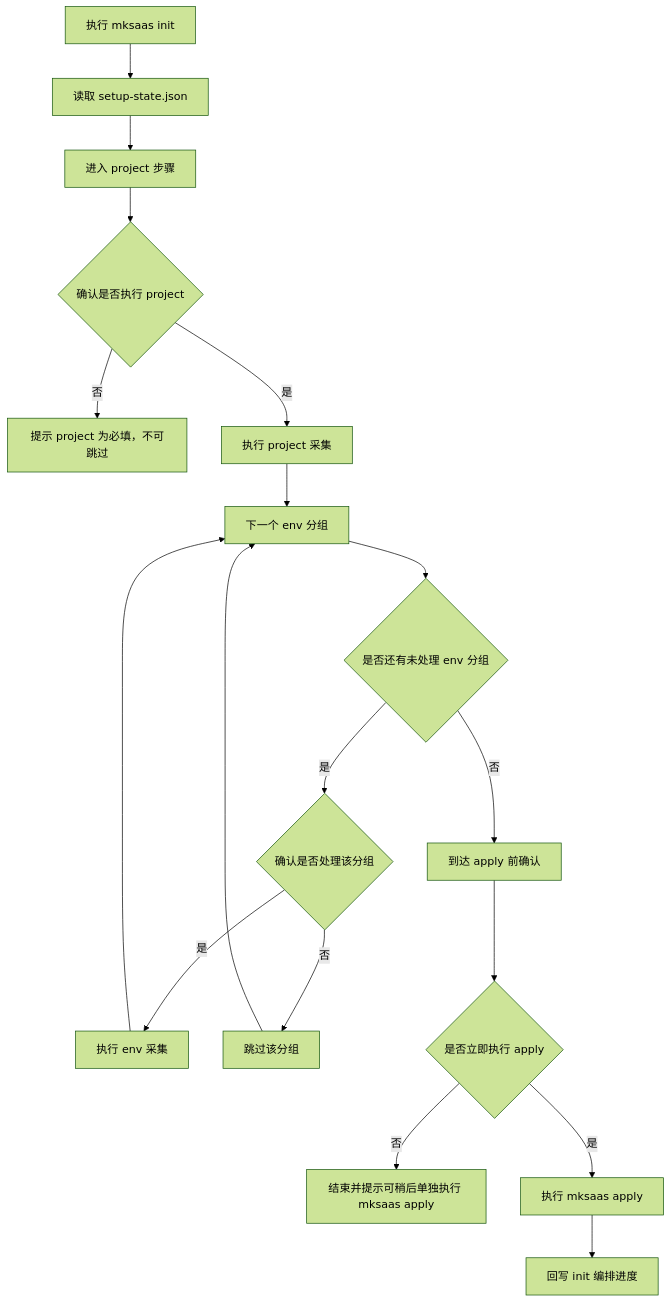
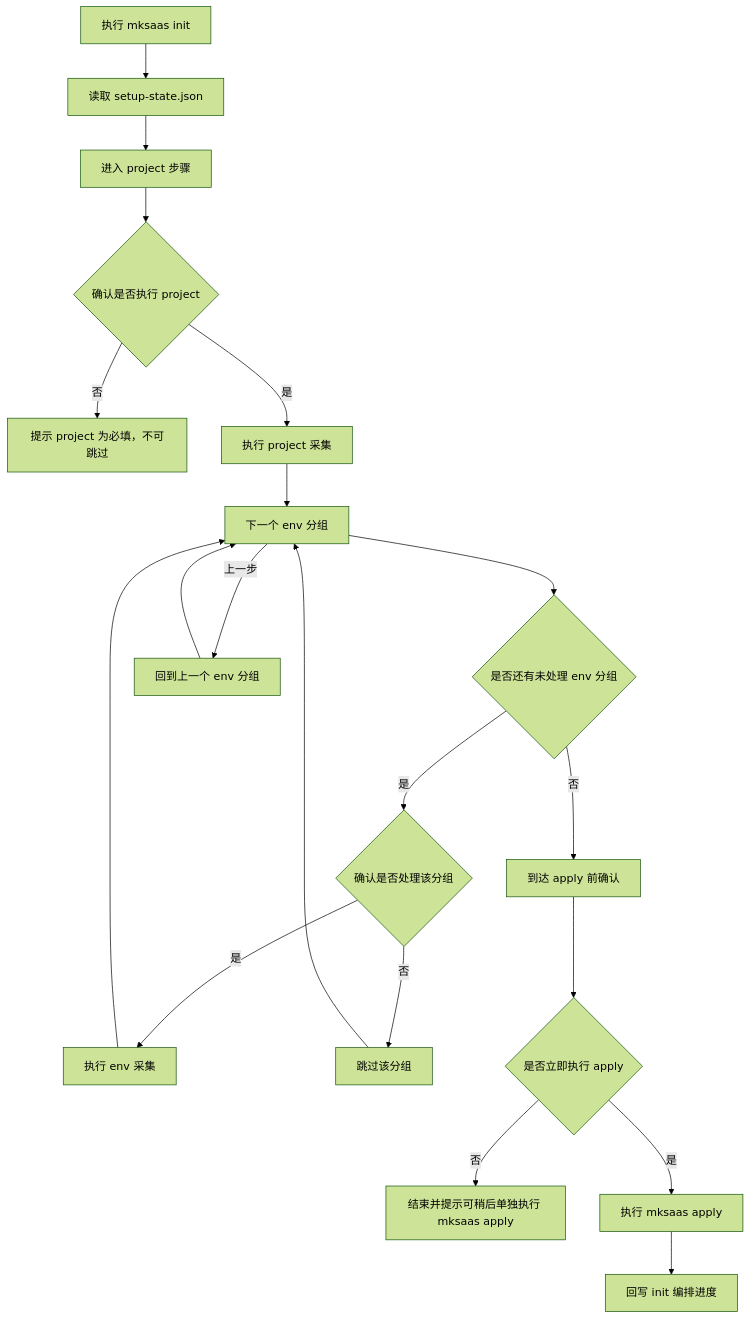
The first of 2 diagrams in docs/steps/01-init.md (CaffeineOddity/mksaas_command), drawn with Mermaid (forest theme) before and after one commit. The commit also changed other lines of this file and 38 other files, not shown here.

````diff
--- a/docs/steps/01-init.md
+++ b/docs/steps/01-init.md
@@ -57,20 +57,22 @@
 ```mermaid
 flowchart TD
     A[执行 mksaas init] --> B[读取 setup-state.json]
     B --> C[进入 project 步骤]
     C --> D{确认是否执行 project}
     D -->|否| E[提示 project 为必填，不可跳过]
     D -->|是| F[执行 project 采集]
     F --> G[下一个 env 分组]
     G --> H{是否还有未处理 env 分组}
     H -->|是| I{确认是否处理该分组}
     I -->|是| J[执行 env 采集]
     I -->|否| K[跳过该分组]
     J --> G
     K --> G
+    G -->|上一步| Gprev[回到上一个 env 分组]
+    Gprev --> G
     H -->|否| L[到达 apply 前确认]
     L --> M{是否立即执行 apply}
     M -->|否| N[结束并提示可稍后单独执行 mksaas apply]
     M -->|是| O[执行 mksaas apply]
     O --> P[回写 init 编排进度]
 ```
````
